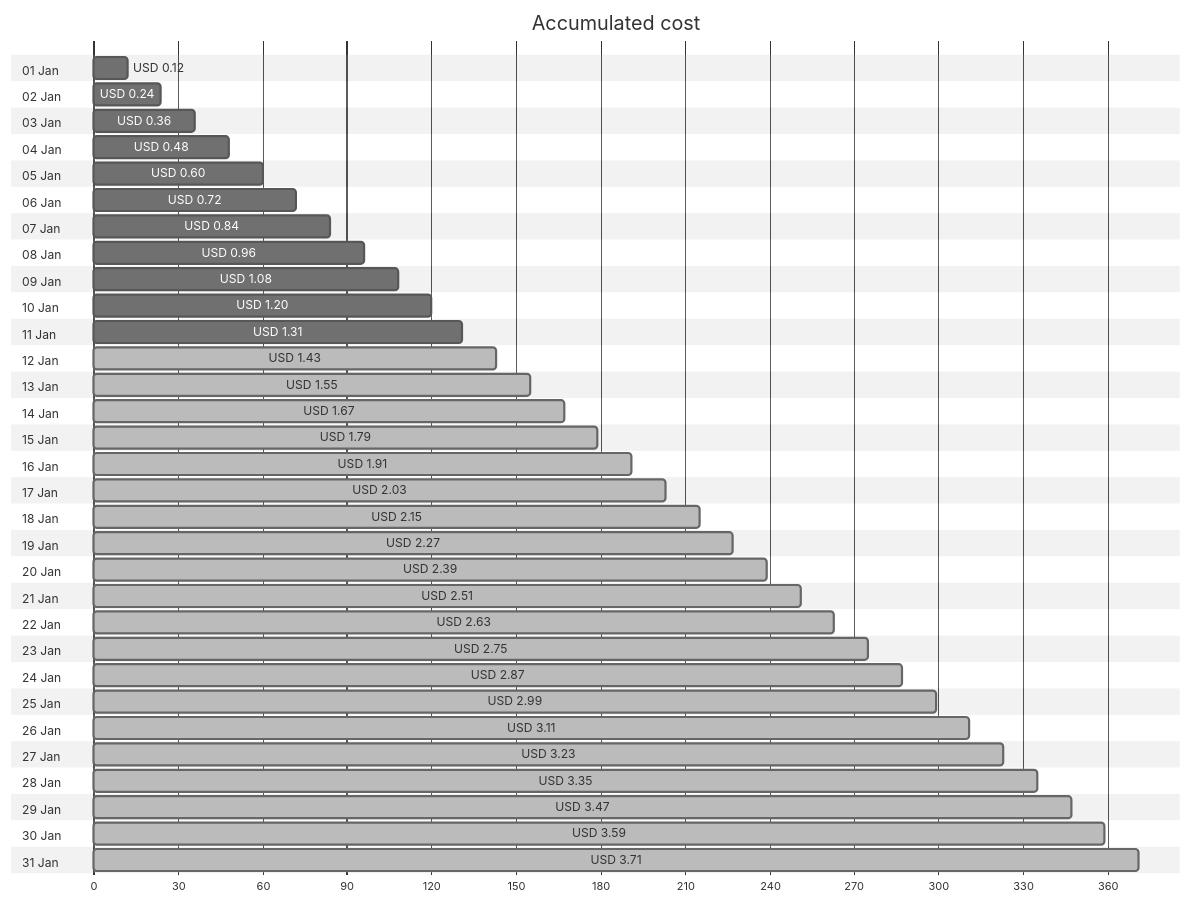
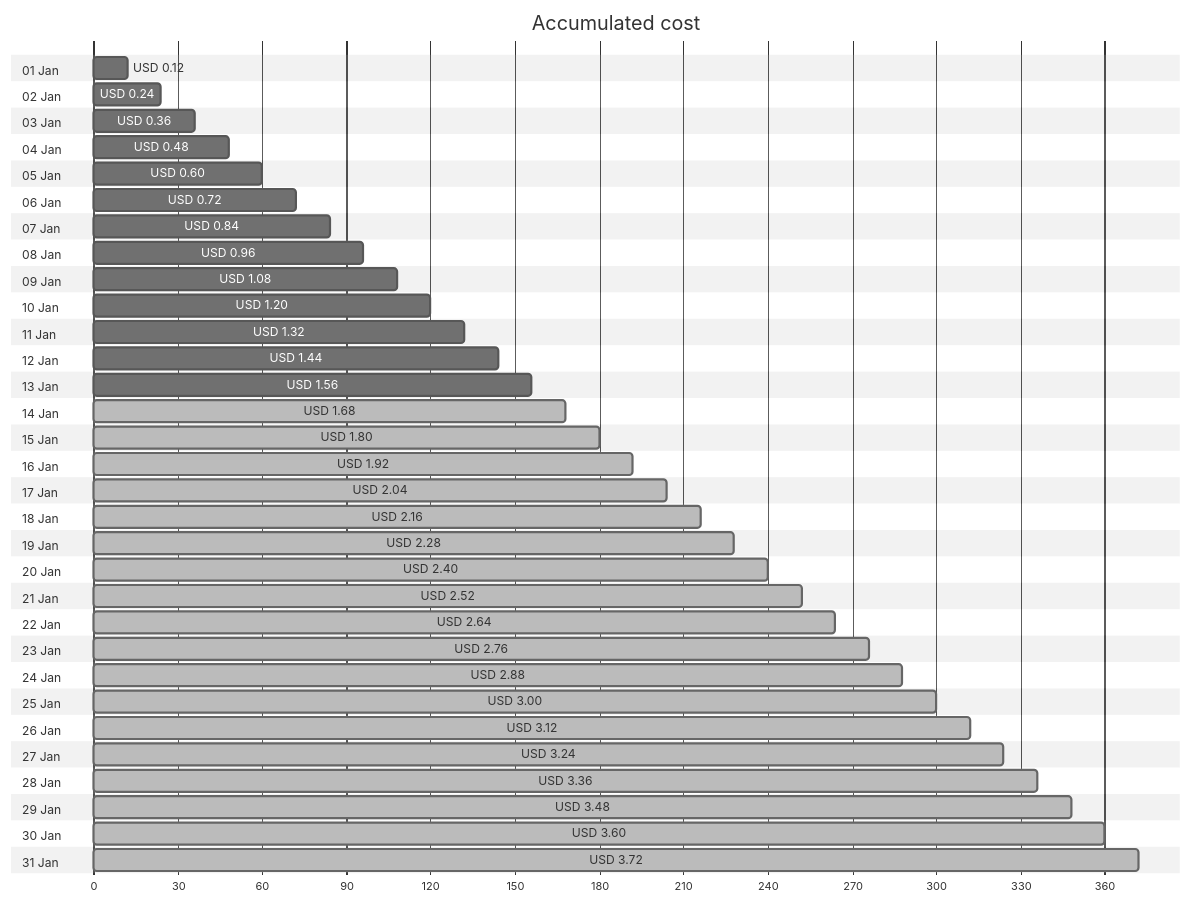
The first of 4 diagrams in cost-reports/personal-network/backup-server-public-ip.md (jpfulton/azure-personal-reports), drawn with Mermaid (neutral theme) before and after one commit. The commit also changed other lines of this file and 8 other files, not shown here.

````diff
--- a/cost-reports/personal-network/backup-server-public-ip.md
+++ b/cost-reports/personal-network/backup-server-public-ip.md
@@ -20,68 +20,68 @@
 ```mermaid
 gantt
    title Accumulated cost
    dateFormat  X
    axisFormat %s
    section 01 Jan
    USD 0.12 :0, 12
    section 02 Jan
    USD 0.24 :0, 24
    section 03 Jan
    USD 0.36 :0, 36
    section 04 Jan
    USD 0.48 :0, 48
    section 05 Jan
    USD 0.60 :0, 60
    section 06 Jan
    USD 0.72 :0, 72
    section 07 Jan
    USD 0.84 :0, 84
    section 08 Jan
    USD 0.96 :0, 96
    section 09 Jan
    USD 1.08 :0, 108
    section 10 Jan
    USD 1.20 :0, 120
    section 11 Jan
-   USD 1.31 :0, 131
+   USD 1.32 :0, 132
    section 12 Jan
-   USD 1.43 : done, 0, 143
+   USD 1.44 :0, 144
    section 13 Jan
-   USD 1.55 : done, 0, 155
+   USD 1.56 :0, 156
    section 14 Jan
-   USD 1.67 : done, 0, 167
+   USD 1.68 : done, 0, 168
    section 15 Jan
-   USD 1.79 : done, 0, 179
+   USD 1.80 : done, 0, 180
    section 16 Jan
-   USD 1.91 : done, 0, 191
+   USD 1.92 : done, 0, 192
    section 17 Jan
-   USD 2.03 : done, 0, 203
+   USD 2.04 : done, 0, 204
    section 18 Jan
-   USD 2.15 : done, 0, 215
+   USD 2.16 : done, 0, 216
    section 19 Jan
-   USD 2.27 : done, 0, 227
+   USD 2.28 : done, 0, 228
    section 20 Jan
-   USD 2.39 : done, 0, 239
+   USD 2.40 : done, 0, 240
    section 21 Jan
-   USD 2.51 : done, 0, 251
+   USD 2.52 : done, 0, 252
    section 22 Jan
-   USD 2.63 : done, 0, 263
+   USD 2.64 : done, 0, 264
    section 23 Jan
-   USD 2.75 : done, 0, 275
+   USD 2.76 : done, 0, 276
    section 24 Jan
-   USD 2.87 : done, 0, 287
+   USD 2.88 : done, 0, 288
    section 25 Jan
-   USD 2.99 : done, 0, 299
+   USD 3.00 : done, 0, 300
    section 26 Jan
-   USD 3.11 : done, 0, 311
+   USD 3.12 : done, 0, 312
    section 27 Jan
-   USD 3.23 : done, 0, 323
+   USD 3.24 : done, 0, 324
    section 28 Jan
-   USD 3.35 : done, 0, 335
+   USD 3.36 : done, 0, 336
    section 29 Jan
-   USD 3.47 : done, 0, 347
+   USD 3.48 : done, 0, 348
    section 30 Jan
-   USD 3.59 : done, 0, 359
+   USD 3.60 : done, 0, 360
    section 31 Jan
-   USD 3.71 : done, 0, 371
+   USD 3.72 : done, 0, 372
 ```
````
